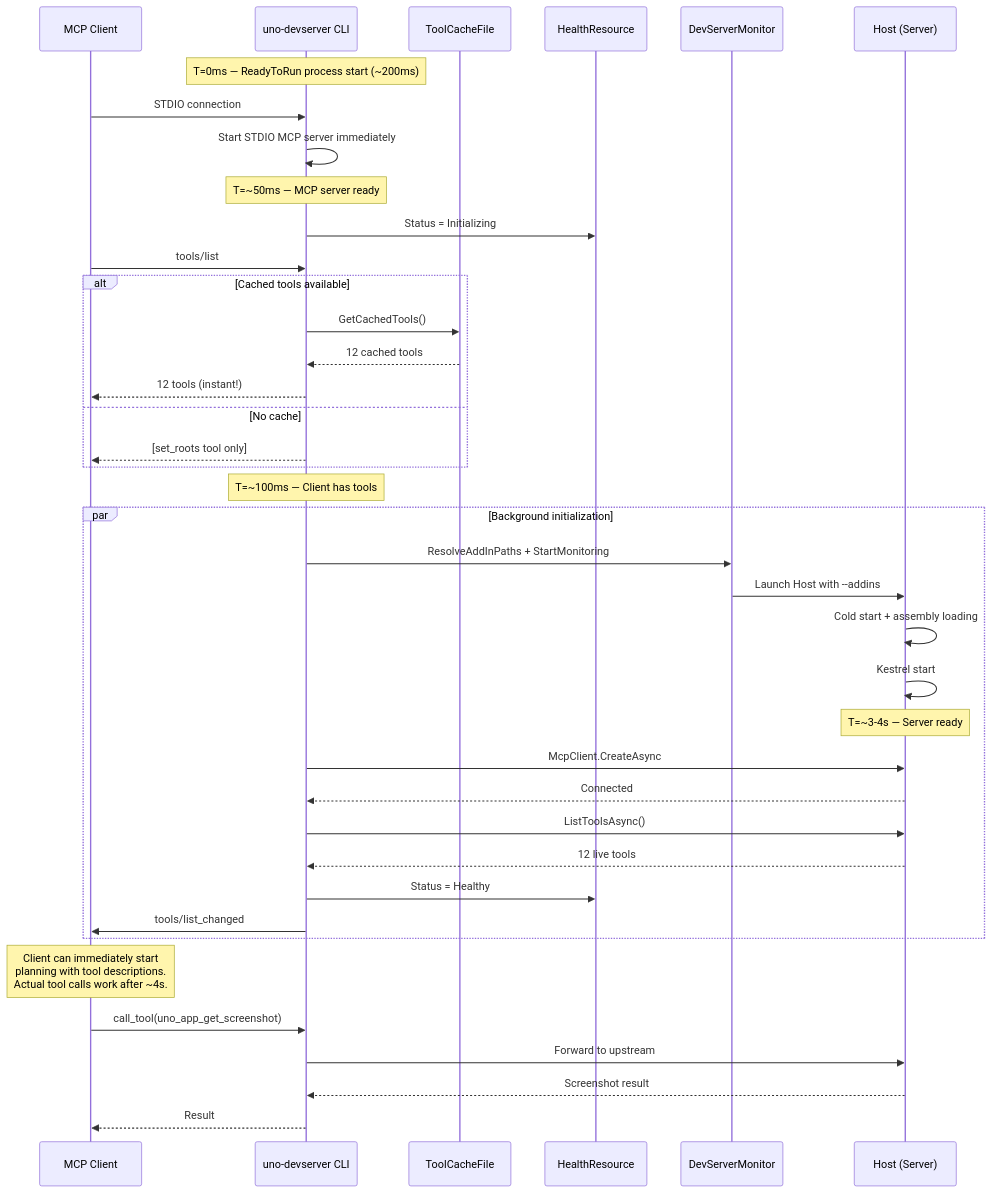
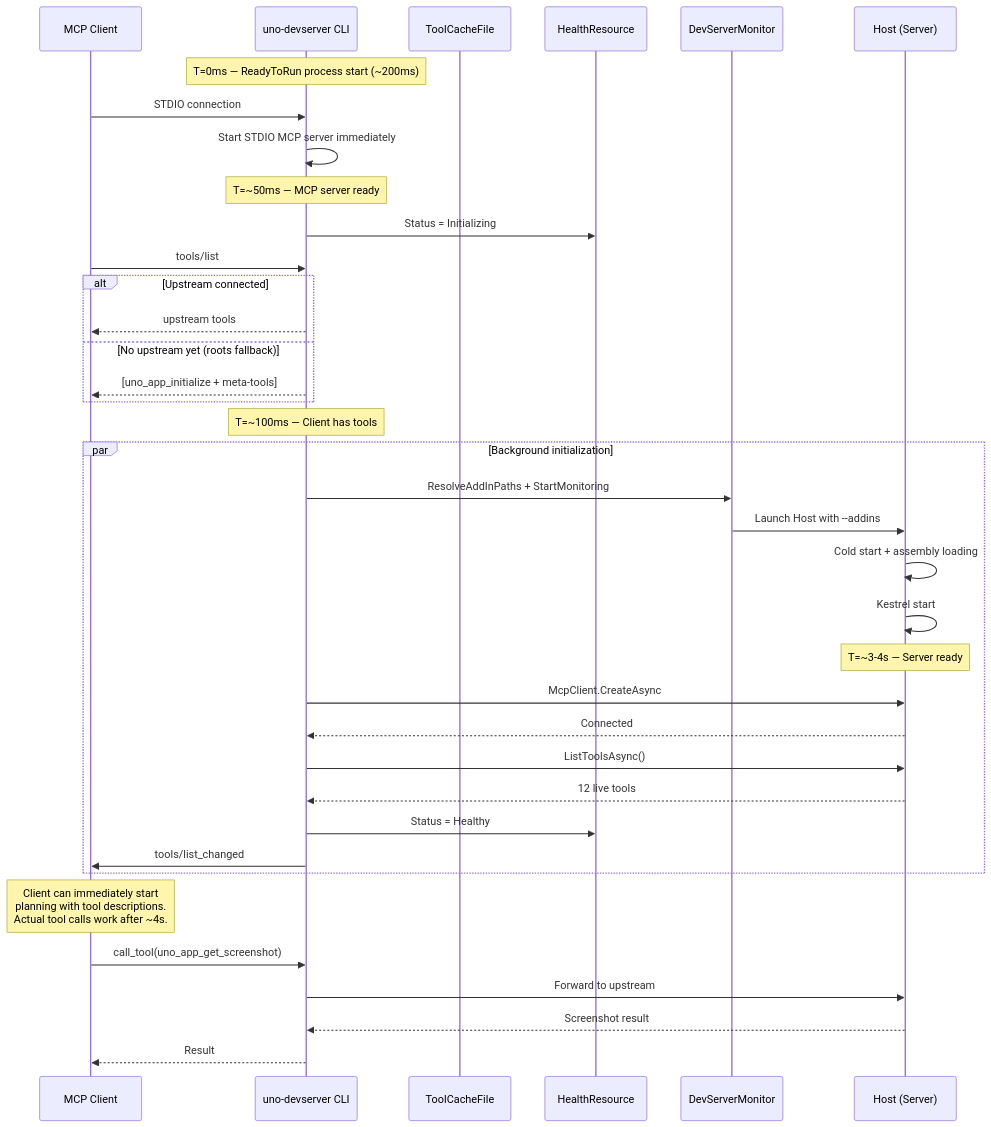
Before and after one commit to unoplatform/uno: the tenth of 12 diagrams in specs/001-fast-devserver-startup/spec-appendix-a-startup-workflow.md, drawn with Mermaid. The commit also changed other lines of this file and 13 other files, not shown here.

First line of the commit message:
feat(devserver): add meta-tools for MCP clients without tools/list_changed

````diff
--- a/specs/001-fast-devserver-startup/spec-appendix-a-startup-workflow.md
+++ b/specs/001-fast-devserver-startup/spec-appendix-a-startup-workflow.md
@@ -487,52 +485,50 @@
 ```mermaid
 sequenceDiagram
     participant Client as MCP Client
     participant CLI as uno-devserver CLI
     participant Cache as ToolCacheFile
     participant Health as HealthResource
     participant Monitor as DevServerMonitor
     participant Server as Host (Server)
 
     Note over CLI: T=0ms — ReadyToRun process start (~200ms)
 
     Client->>CLI: STDIO connection
     CLI->>CLI: Start STDIO MCP server immediately
 
     Note over CLI: T=~50ms — MCP server ready
 
     CLI->>Health: Status = Initializing
     Client->>CLI: tools/list
 
-    alt Cached tools available
-        CLI->>Cache: GetCachedTools()
-        Cache-->>CLI: 12 cached tools
-        CLI-->>Client: 12 tools (instant!)
-    else No cache
-        CLI-->>Client: [set_roots tool only]
+    alt Upstream connected
+        CLI-->>Client: upstream tools
+    else No upstream yet (roots fallback)
+        CLI-->>Client: [uno_app_initialize + meta-tools]
     end
 
     Note over CLI: T=~100ms — Client has tools
 
     par Background initialization
         CLI->>Monitor: ResolveAddInPaths + StartMonitoring
         Monitor->>Server: Launch Host with --addins
         Server->>Server: Cold start + assembly loading
         Server->>Server: Kestrel start
 
         Note over Server: T=~3-4s — Server ready
 
         CLI->>Server: McpClient.CreateAsync
         Server-->>CLI: Connected
         CLI->>Server: ListToolsAsync()
         Server-->>CLI: 12 live tools
         CLI->>Health: Status = Healthy
         CLI->>Client: tools/list_changed
     end
 
     Note over Client: Client can immediately start<br/>planning with tool descriptions.<br/>Actual tool calls work after ~4s.
 
     Client->>CLI: call_tool(uno_app_get_screenshot)
     CLI->>Server: Forward to upstream
     Server-->>CLI: Screenshot result
     CLI-->>Client: Result
 ```
````
